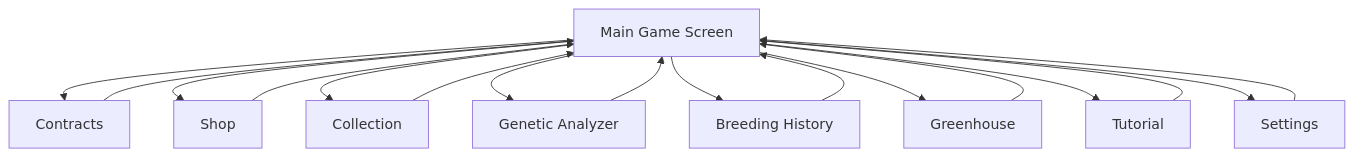
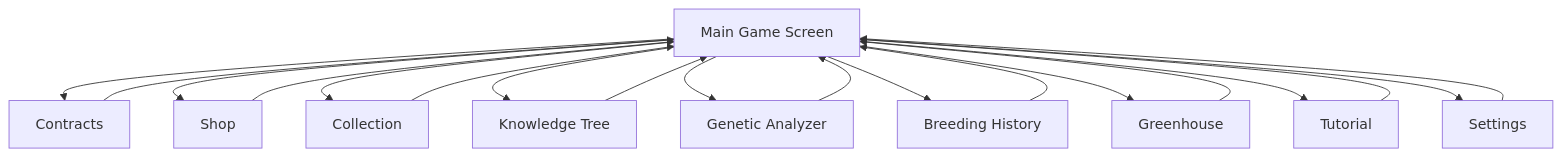
Before and after one commit to LucasCodo/Mendel-s-Greenhouse: the first of 2 diagrams in specs/ui/navigation-flow.md, drawn with Mermaid. The commit also changed other lines of this file and 16 other files, not shown here.

First line of the commit message:
docs(specs): Document knowledge tree progression

````diff
--- a/specs/ui/navigation-flow.md
+++ b/specs/ui/navigation-flow.md
@@ -27,19 +28,21 @@
 ```mermaid
 flowchart TD
     Main["Main Game Screen"] --> Contracts["Contracts"]
     Main --> Shop["Shop"]
     Main --> Collection["Collection"]
+    Main --> Knowledge["Knowledge Tree"]
     Main --> Analyzer["Genetic Analyzer"]
     Main --> History["Breeding History"]
     Main --> Greenhouse["Greenhouse"]
     Main --> Tutorial["Tutorial"]
     Main --> Settings["Settings"]
     Contracts --> Main
     Shop --> Main
     Collection --> Main
+    Knowledge --> Main
     Analyzer --> Main
     History --> Main
     Greenhouse --> Main
     Tutorial --> Main
     Settings --> Main
 ```
````
